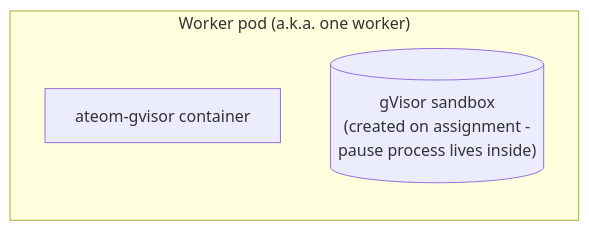
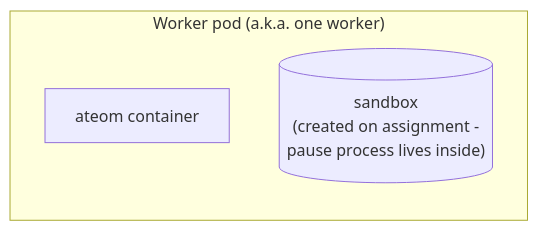
Before and after one commit to christian-posta/substrate: the diagram in atlas/src/content/docs/concepts/worker.mdx, drawn with Mermaid. The commit also changed other lines of this file and 28 other files, not shown here.

````diff
--- a/atlas/src/content/docs/concepts/worker.mdx
+++ b/atlas/src/content/docs/concepts/worker.mdx
@@ -13,8 +13,8 @@
 ```mermaid
 flowchart LR
   subgraph POD["Worker pod (a.k.a. one worker)"]
     direction TB
-    OM[ateom-gvisor container]
-    SANDBOX[("gVisor sandbox<br/>(created on assignment -<br/>pause process lives inside)")]
+    OM[ateom container]
+    SANDBOX[("sandbox<br/>(created on assignment -<br/>pause process lives inside)")]
   end
 ```
````
